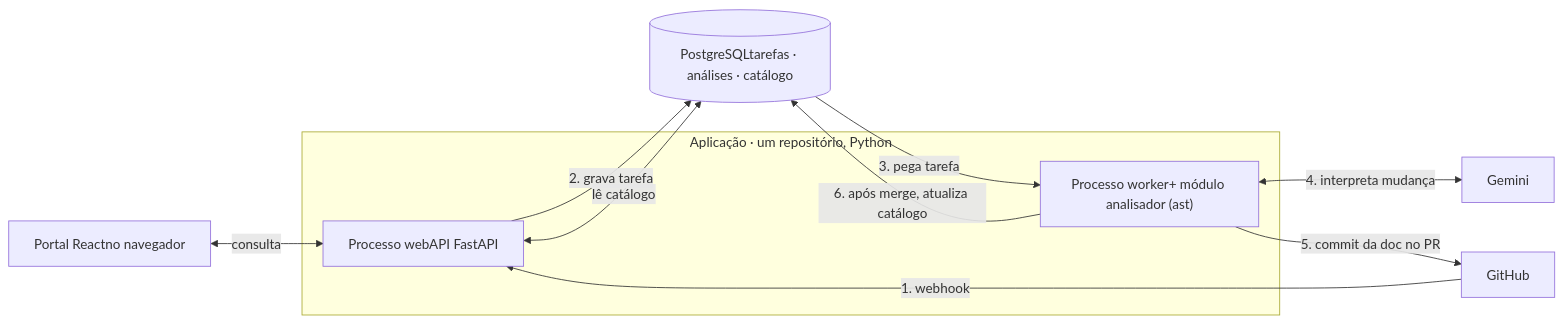
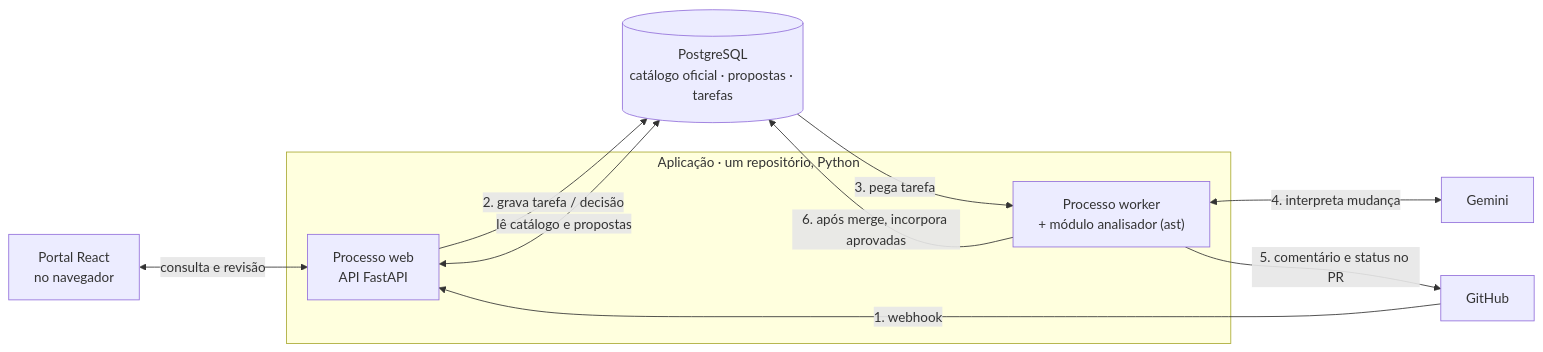
Before and after one commit to marleypm16/tcc: the diagram in docs/Mapa da arquitetura do TCC.md, drawn with Mermaid. The commit also changed other lines of this file and 7 other files, not shown here.

````diff
--- a/docs/Mapa da arquitetura do TCC.md
+++ b/docs/Mapa da arquitetura do TCC.md
@@ -41,20 +52,20 @@
 ```mermaid
 flowchart LR
-    U["Portal Reactno navegador"]
+    U["Portal React<br/>no navegador"]
     GH["GitHub"]
     LLM["Gemini"]
     subgraph APP["Aplicação · um repositório, Python"]
-        API["Processo webAPI FastAPI"]
-        W["Processo worker+ módulo analisador (ast)"]
+        API["Processo web<br/>API FastAPI"]
+        W["Processo worker<br/>+ módulo analisador (ast)"]
     end
-    DB[("PostgreSQLtarefas · análises · catálogo")]
+    DB[("PostgreSQL<br/>catálogo oficial · propostas · tarefas")]
 
-    U <-->|"consulta"| API
+    U <-->|"consulta e revisão"| API
     GH -->|"1. webhook"| API
-    API -->|"2. grava tarefa"| DB
+    API -->|"2. grava tarefa / decisão"| DB
     DB -->|"3. pega tarefa"| W
     W <-->|"4. interpreta mudança"| LLM
-    W -->|"5. commit da doc no PR"| GH
-    W -->|"6. após merge, atualiza catálogo"| DB
-    API <-->|"lê catálogo"| DB
+    W -->|"5. comentário e status no PR"| GH
+    W -->|"6. após merge, incorpora aprovadas"| DB
+    API <-->|"lê catálogo e propostas"| DB
 ```
````
